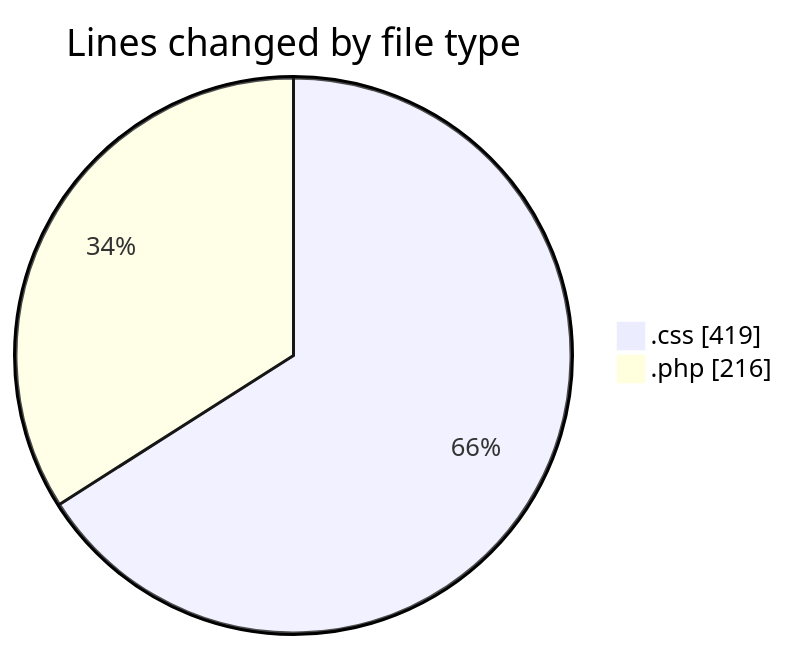
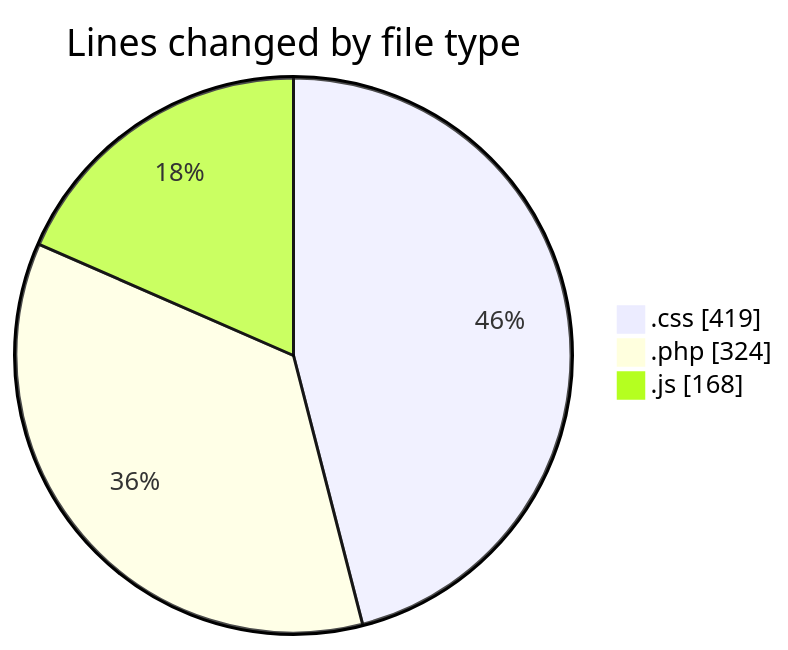
One commit to LanceThiago/code-tracking changed the first of 2 diagrams in 2025-06-03/web/README.md. Above: the diagram before and after it, drawn with Mermaid. The commit also changed other lines of this file and 1 other file, not shown here.

````diff
--- a/2025-06-03/web/README.md
+++ b/2025-06-03/web/README.md
@@ -21,6 +25,7 @@
 ```mermaid
 pie showData
 title Lines changed by file type
 ".css" : 419
-".php" : 216
+".php" : 324
+".js" : 168
 ```
````
